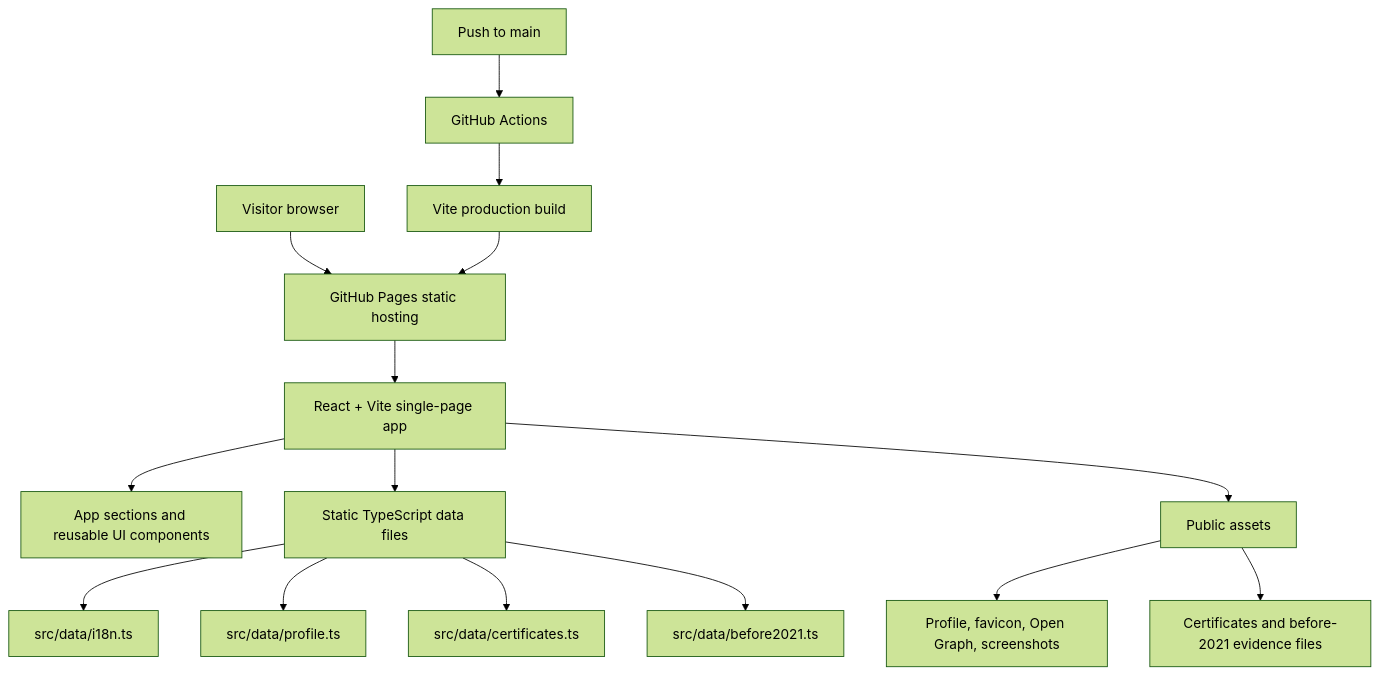
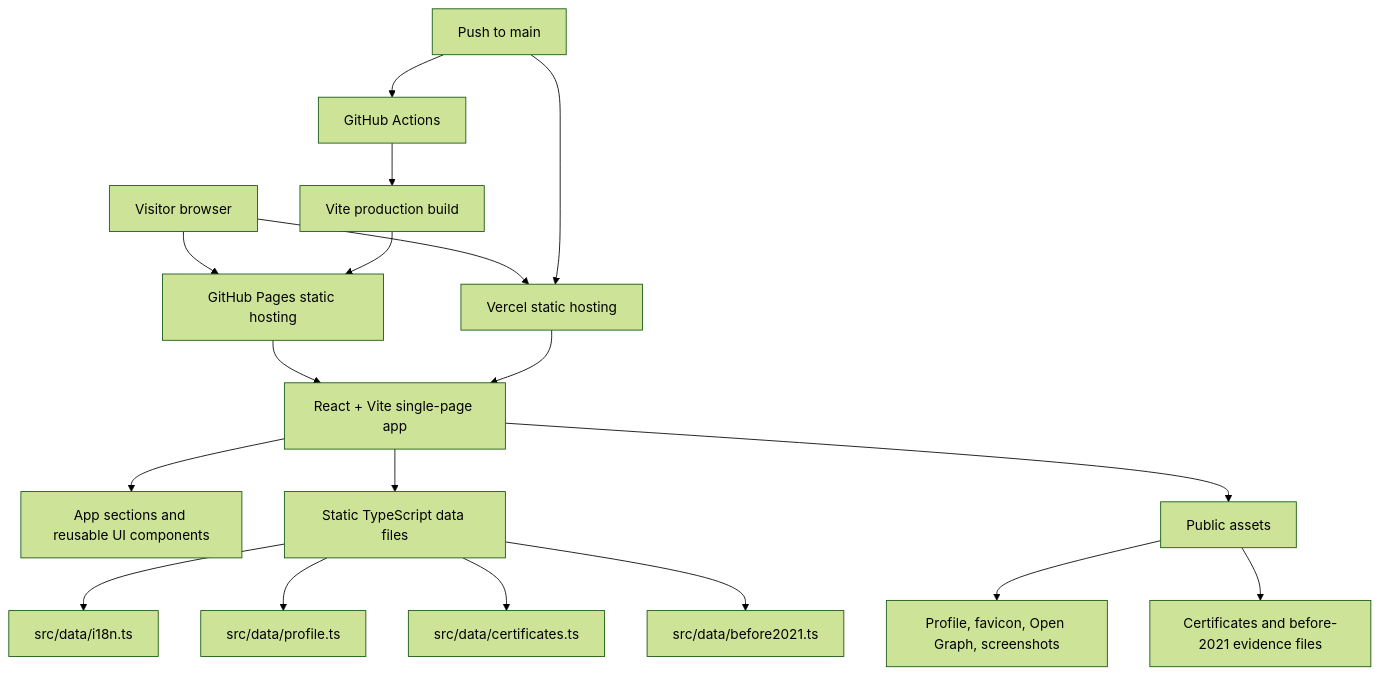
One commit to Ligerking007/JakapanK-Portfolio changed the diagram in PROJECT_OVERVIEW.md. Above: the diagram before and after it, drawn with Mermaid (forest theme). The commit also changed other lines of this file and 4 other files, not shown here.

````diff
--- a/PROJECT_OVERVIEW.md
+++ b/PROJECT_OVERVIEW.md
@@ -194,17 +194,20 @@
 ```mermaid
 flowchart TD
   visitor[Visitor browser] --> pages[GitHub Pages static hosting]
+  visitor --> vercel[Vercel static hosting]
   pages --> app[React + Vite single-page app]
+  vercel --> app
   app --> ui[App sections and reusable UI components]
   app --> data[Static TypeScript data files]
   app --> assets[Public assets]
   data --> i18n[src/data/i18n.ts]
   data --> profile[src/data/profile.ts]
   data --> certs[src/data/certificates.ts]
   data --> archive[src/data/before2021.ts]
   assets --> images[Profile, favicon, Open Graph, screenshots]
   assets --> evidence[Certificates and before-2021 evidence files]
   repo[Push to main] --> actions[GitHub Actions]
   actions --> build[Vite production build]
   build --> pages
+  repo --> vercel
 ```
````
